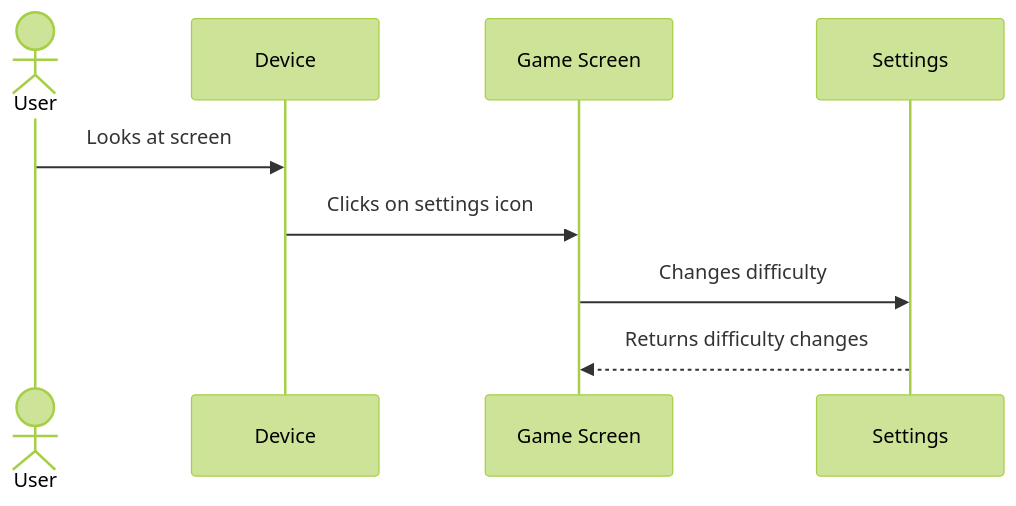
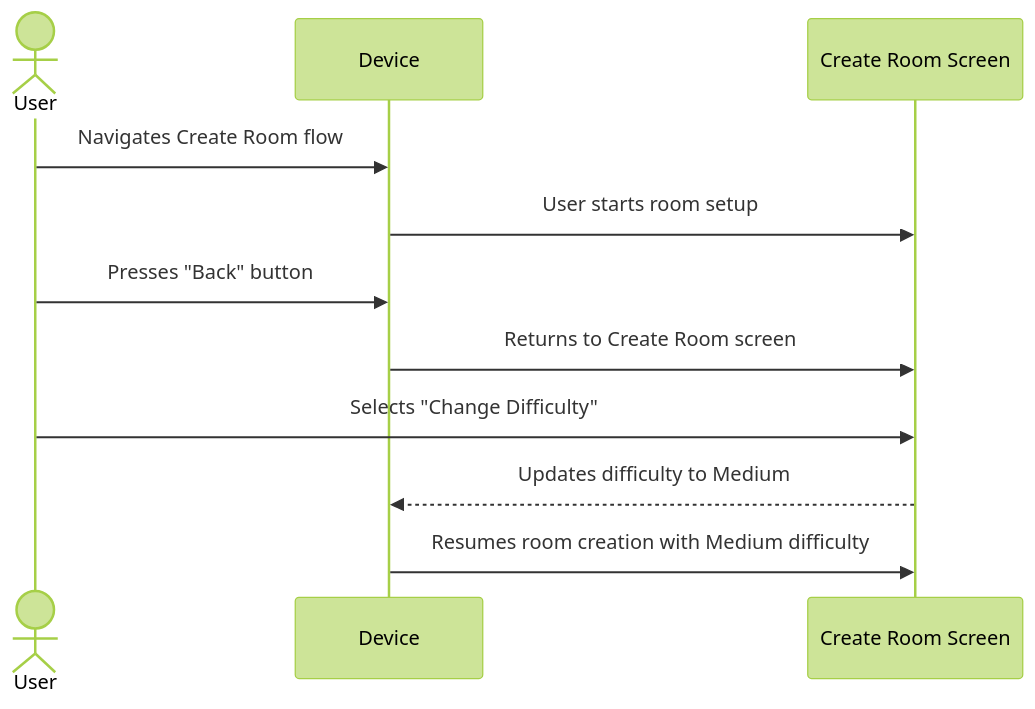
Before and after one commit to henryschoemer/project-aac-game-team-b_bugfix_team6: the sixth of 6 diagrams in documentation/docs/requirements/use-case-descriptions.md, drawn with Mermaid (forest theme). The commit also changed other lines of this file, not shown here.

````diff
--- a/documentation/docs/requirements/use-case-descriptions.md
+++ b/documentation/docs/requirements/use-case-descriptions.md
@@ -180,17 +179,15 @@
 ```mermaid
-
 sequenceDiagram 
     actor User
     participant D as Device
-    participant GR as Game Screen
-    participant GS as Settings
+    participant CR as Create Room Screen
 
-
-
-
-    User ->> D: Looks at screen
-    D ->> GR: Clicks on settings icon
-    GR ->> GS: Changes difficulty
-    GS -->> GR: Returns difficulty changes 
+    User ->> D: Navigates Create Room flow
+    D ->> CR: User starts room setup
+    User ->> D: Presses "Back" button
+    D ->> CR: Returns to Create Room screen
+    User ->> CR: Selects "Change Difficulty"
+    CR -->> D: Updates difficulty to Medium
+    D ->> CR: Resumes room creation with Medium difficulty
 
 ```
````
